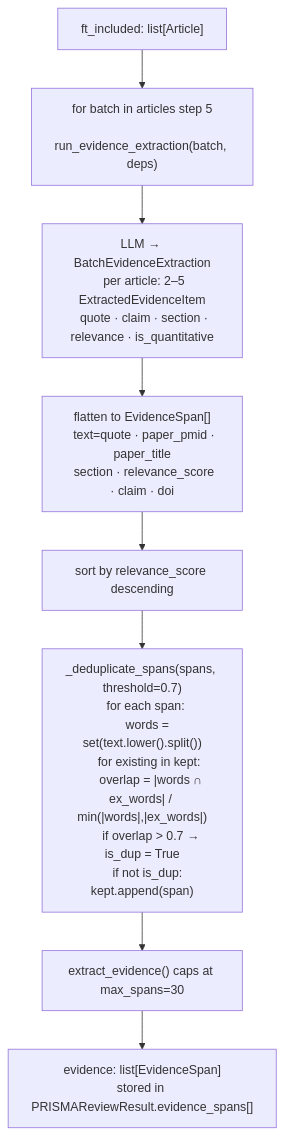
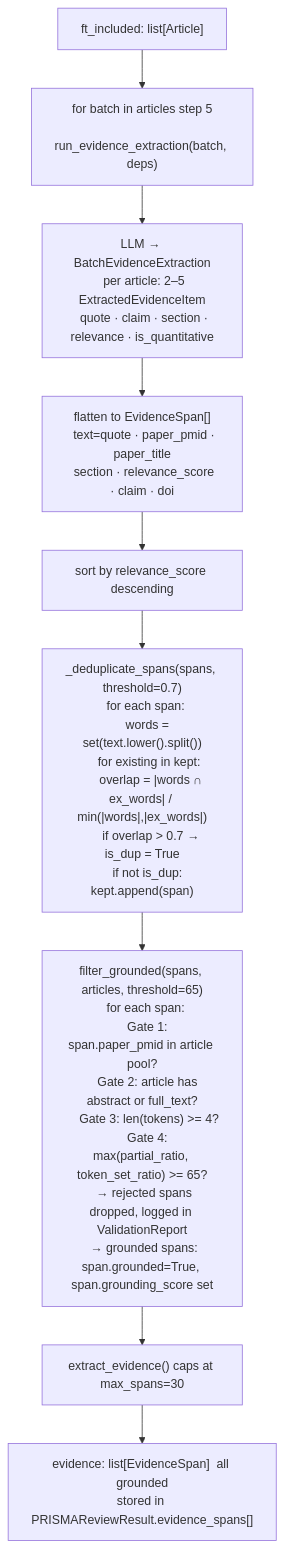
The tenth of 17 diagrams in developer.md (sensein/synthscholar), drawn with Mermaid before and after one commit. The commit also changed other lines of this file and 20 other files, not shown here.

````diff
--- a/developer.md
+++ b/developer.md
@@ -503,11 +564,12 @@
 ```mermaid
 flowchart TD
     IN["ft_included: list[Article]"]
     IN --> B1["for batch in articles step 5\n  run_evidence_extraction(batch, deps)"]
     B1 --> B2["LLM → BatchEvidenceExtraction\n  per article: 2–5 ExtractedEvidenceItem\n  quote · claim · section · relevance · is_quantitative"]
     B2 --> B3["flatten to EvidenceSpan[]\n  text=quote · paper_pmid · paper_title\n  section · relevance_score · claim · doi"]
     B3 --> B4["sort by relevance_score descending"]
     B4 --> B5["_deduplicate_spans(spans, threshold=0.7)\n  for each span:\n    words = set(text.lower().split())\n    for existing in kept:\n      overlap = |words ∩ ex_words| / min(|words|,|ex_words|)\n      if overlap > 0.7 → is_dup = True\n    if not is_dup: kept.append(span)"]
-    B5 --> B6["extract_evidence() caps at max_spans=30"]
-    B6 --> OUT["evidence: list[EvidenceSpan]\nstored in PRISMAReviewResult.evidence_spans[]"]
+    B5 --> B6["filter_grounded(spans, articles, threshold=65)\n  for each span:\n    Gate 1: span.paper_pmid in article pool?\n    Gate 2: article has abstract or full_text?\n    Gate 3: len(tokens) >= 4?\n    Gate 4: max(partial_ratio, token_set_ratio) >= 65?\n  → rejected spans dropped, logged in ValidationReport\n  → grounded spans: span.grounded=True, span.grounding_score set"]
+    B6 --> B7["extract_evidence() caps at max_spans=30"]
+    B7 --> OUT["evidence: list[EvidenceSpan]  all grounded\nstored in PRISMAReviewResult.evidence_spans[]"]
 ```
````
